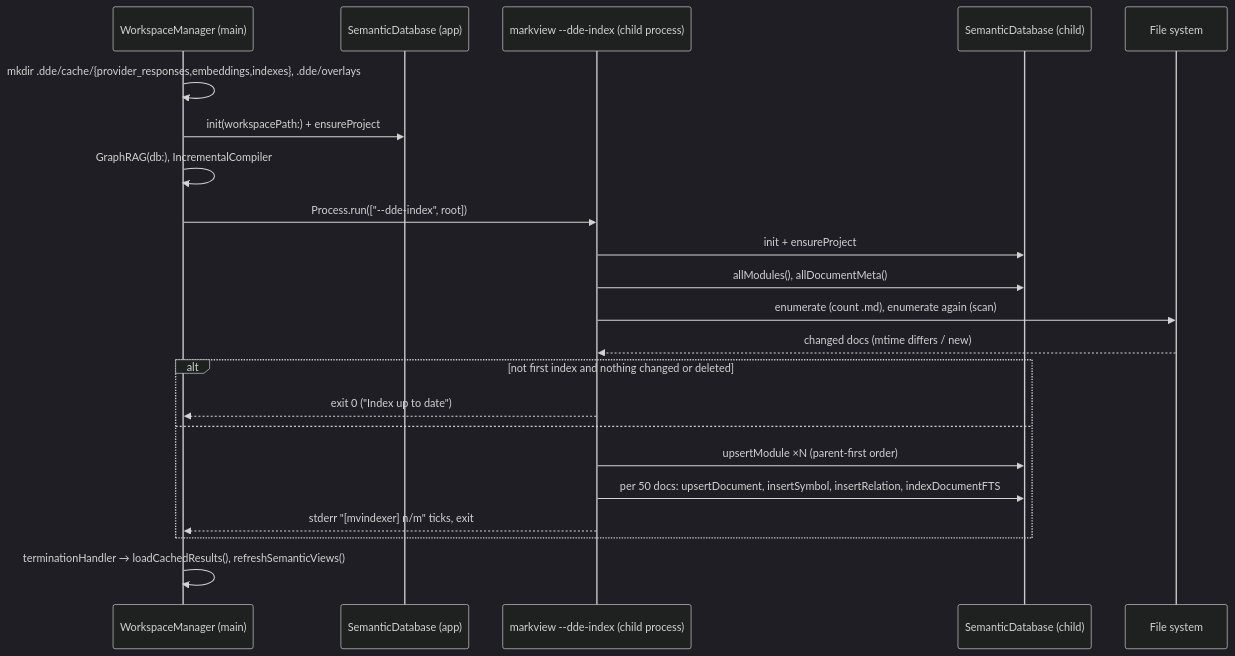
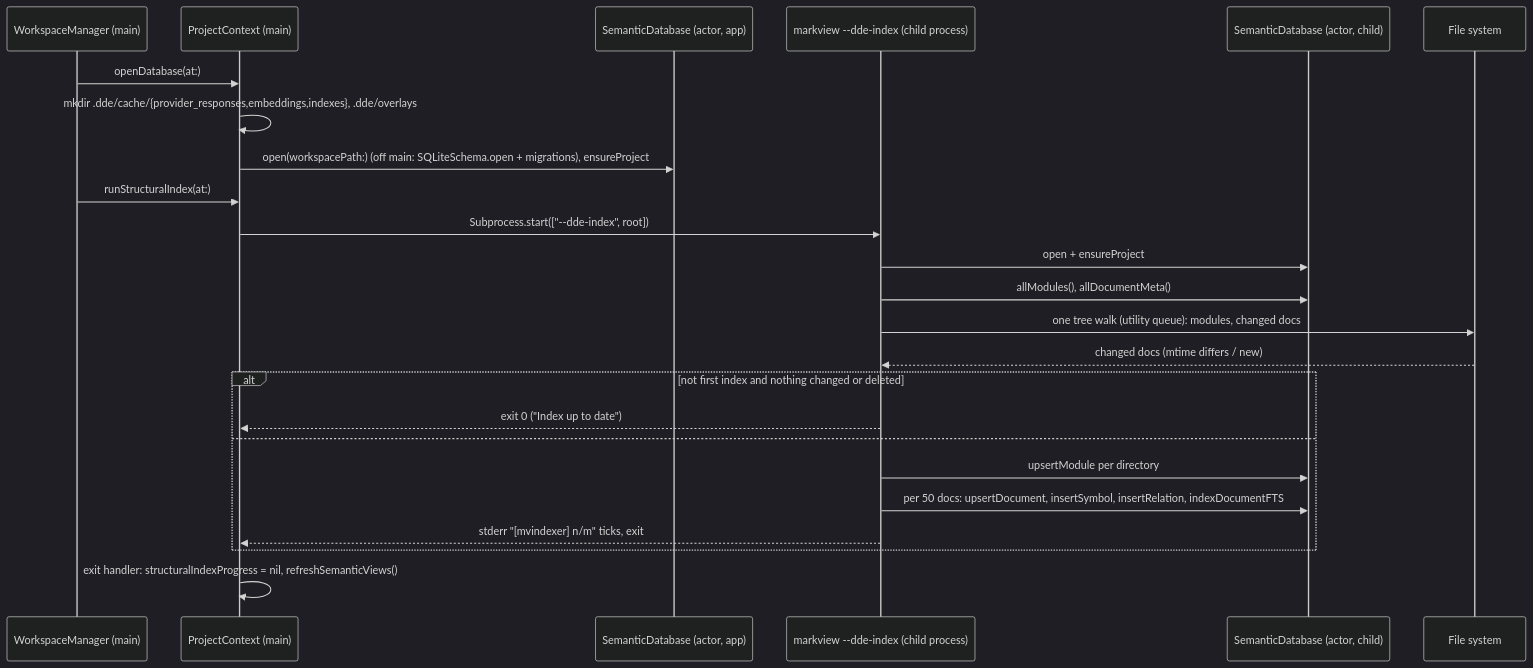
The first of 3 diagrams in docs/architecture/modules/semantic-index-and-insight.md (t-boris/MarkView), drawn with Mermaid (dark theme) before and after one commit. The commit also changed other lines of this file and 20 other files, not shown here.

````diff
--- a/docs/architecture/modules/semantic-index-and-insight.md
+++ b/docs/architecture/modules/semantic-index-and-insight.md
@@ -188,24 +182,26 @@
 ```mermaid
 sequenceDiagram
     participant WM as WorkspaceManager (main)
-    participant DB as SemanticDatabase (app)
+    participant PC as ProjectContext (main)
+    participant DB as SemanticDatabase (actor, app)
     participant Child as markview --dde-index (child process)
-    participant CDB as SemanticDatabase (child)
+    participant CDB as SemanticDatabase (actor, child)
     participant FS as File system
-    WM->>WM: mkdir .dde/cache/{provider_responses,embeddings,indexes}, .dde/overlays
-    WM->>DB: init(workspacePath:) + ensureProject
-    WM->>WM: GraphRAG(db:), IncrementalCompiler
-    WM->>Child: Process.run(["--dde-index", root])
-    Child->>CDB: init + ensureProject
+    WM->>PC: openDatabase(at:)
+    PC->>PC: mkdir .dde/cache/{provider_responses,embeddings,indexes}, .dde/overlays
+    PC->>DB: open(workspacePath:) (off main: SQLiteSchema.open + migrations), ensureProject
+    WM->>PC: runStructuralIndex(at:)
+    PC->>Child: Subprocess.start(["--dde-index", root])
+    Child->>CDB: open + ensureProject
     Child->>CDB: allModules(), allDocumentMeta()
-    Child->>FS: enumerate (count .md), enumerate again (scan)
+    Child->>FS: one tree walk (utility queue): modules, changed docs
     FS-->>Child: changed docs (mtime differs / new)
     alt not first index and nothing changed or deleted
-        Child-->>WM: exit 0 ("Index up to date")
+        Child-->>PC: exit 0 ("Index up to date")
     else
-        Child->>CDB: upsertModule ×N (parent-first order)
+        Child->>CDB: upsertModule per directory
         Child->>CDB: per 50 docs: upsertDocument, insertSymbol, insertRelation, indexDocumentFTS
-        Child-->>WM: stderr "[mvindexer] n/m" ticks, exit
+        Child-->>PC: stderr "[mvindexer] n/m" ticks, exit
     end
-    WM->>WM: terminationHandler → loadCachedResults(), refreshSemanticViews()
+    PC->>PC: exit handler: structuralIndexProgress = nil, refreshSemanticViews()
 ```
````
